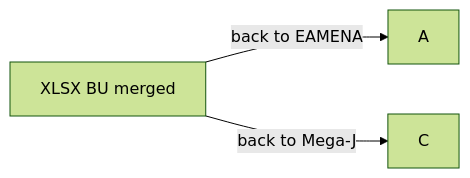
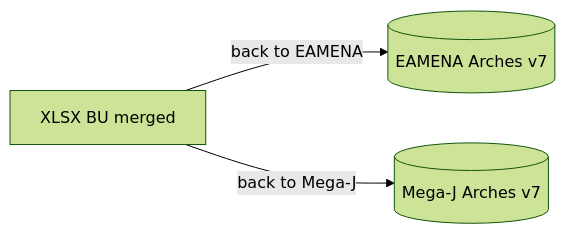
The second of 2 diagrams in data/bulk/README.md (eamena-project/eamena-arches-dev), drawn with Mermaid (forest theme) before and after one commit. The commit also changed other lines of this file, not shown here.

````diff
--- a/data/bulk/README.md
+++ b/data/bulk/README.md
@@ -55,5 +59,5 @@
 ```mermaid
 flowchart LR
-    E[XLSX BU merged] -- back to EAMENA --> A;
-    E -- back to Mega-J --> C;
+    E[XLSX BU merged] -- back to EAMENA --> A[(EAMENA Arches v7)];
+    E -- back to Mega-J --> C[(Mega-J Arches v7)];
 ```
````
